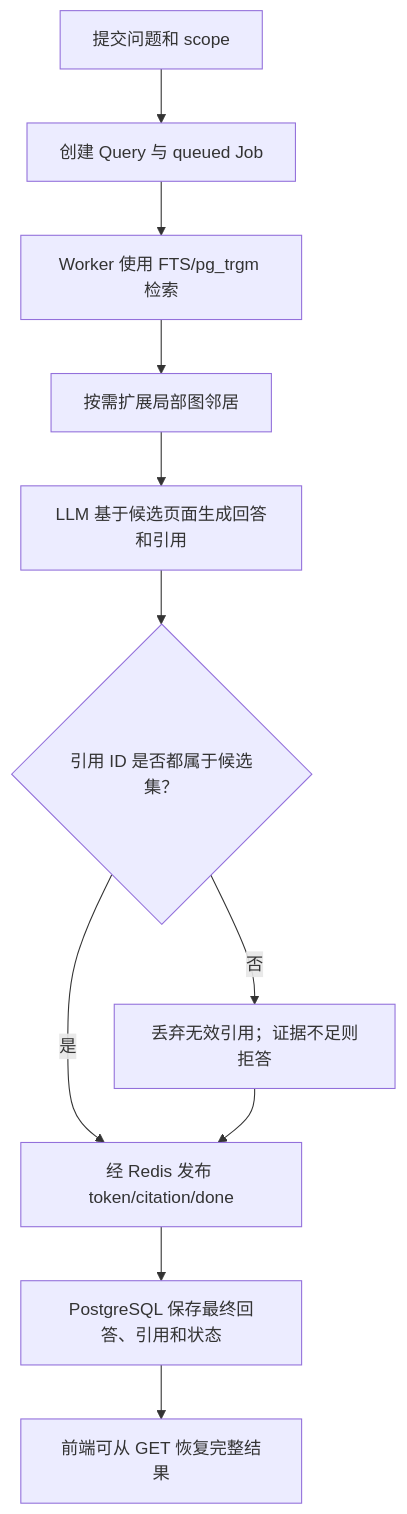
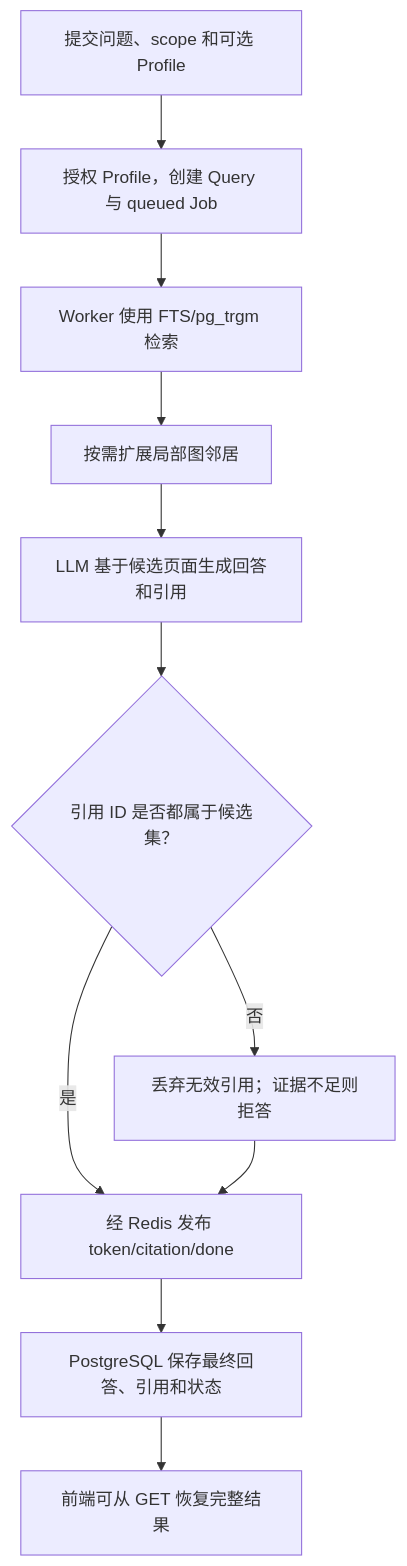
The third of 6 diagrams in docs/workflows.md (Archangel-he/local-llm-wiki), drawn with Mermaid before and after one commit. The commit also changed other lines of this file and 11 other files, not shown here.

````diff
--- a/docs/workflows.md
+++ b/docs/workflows.md
@@ -73,13 +118,13 @@
 ```mermaid
 flowchart TD
-    A["提交问题和 scope"] --> B["创建 Query 与 queued Job"]
+    A["提交问题、scope 和可选 Profile"] --> B["授权 Profile，创建 Query 与 queued Job"]
     B --> C["Worker 使用 FTS/pg_trgm 检索"]
     C --> D["按需扩展局部图邻居"]
     D --> E["LLM 基于候选页面生成回答和引用"]
     E --> F{"引用 ID 是否都属于候选集？"}
     F -- "否" --> G["丢弃无效引用；证据不足则拒答"]
     F -- "是" --> H["经 Redis 发布 token/citation/done"]
     G --> H
     H --> I["PostgreSQL 保存最终回答、引用和状态"]
     I --> J["前端可从 GET 恢复完整结果"]
 ```
````
